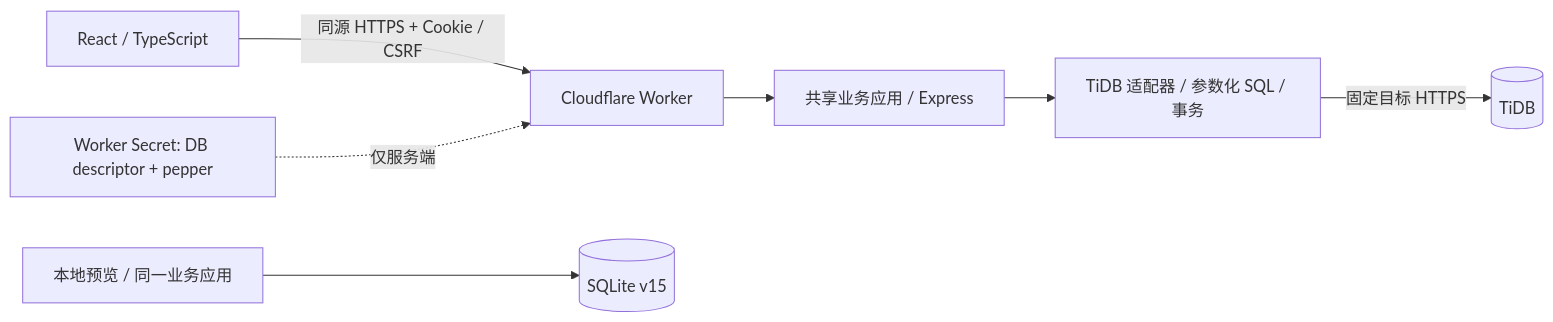
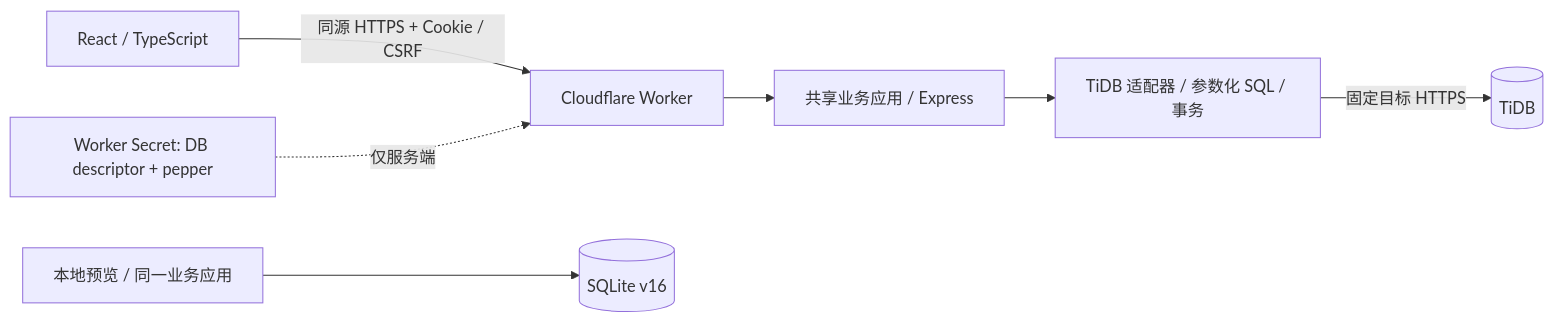
Before and after one commit to yanyu03/Sakura_DashBoard: the diagram in README.md, drawn with Mermaid. The commit also changed other lines of this file and 29 other files, not shown here.

````diff
--- a/README.md
+++ b/README.md
@@ -49,9 +49,9 @@
 ```mermaid
 flowchart LR
   Browser[React / TypeScript] -->|同源 HTTPS + Cookie / CSRF| Worker[Cloudflare Worker]
   Worker --> App[共享业务应用 / Express]
   Secret[Worker Secret: DB descriptor + pepper] -.仅服务端.-> Worker
   App --> Adapter[TiDB 适配器 / 参数化 SQL / 事务]
   Adapter -->|固定目标 HTTPS| TiDB[(TiDB)]
-  Local[本地预览 / 同一业务应用] --> SQLite[(SQLite v15)]
+  Local[本地预览 / 同一业务应用] --> SQLite[(SQLite v16)]
 ```
````
